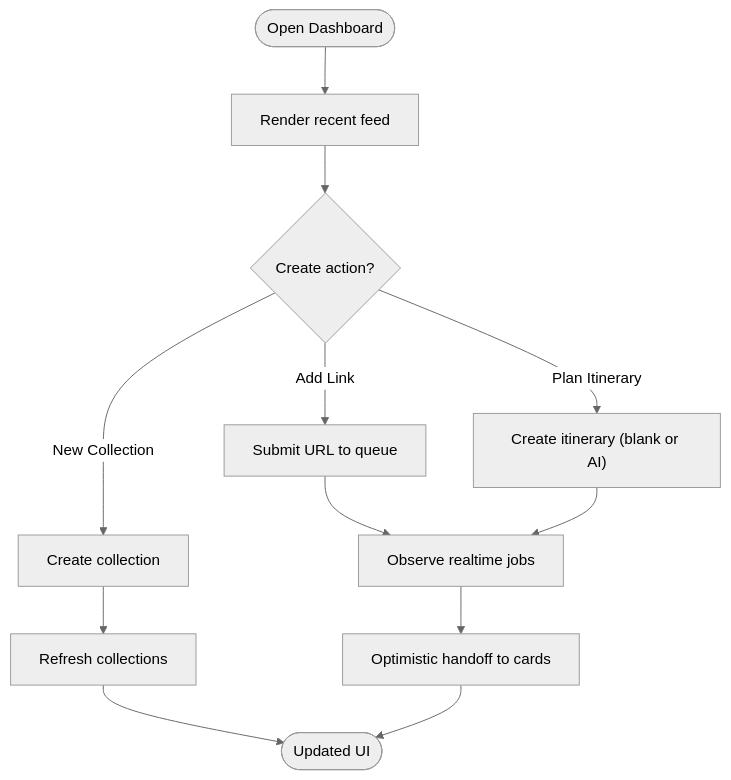
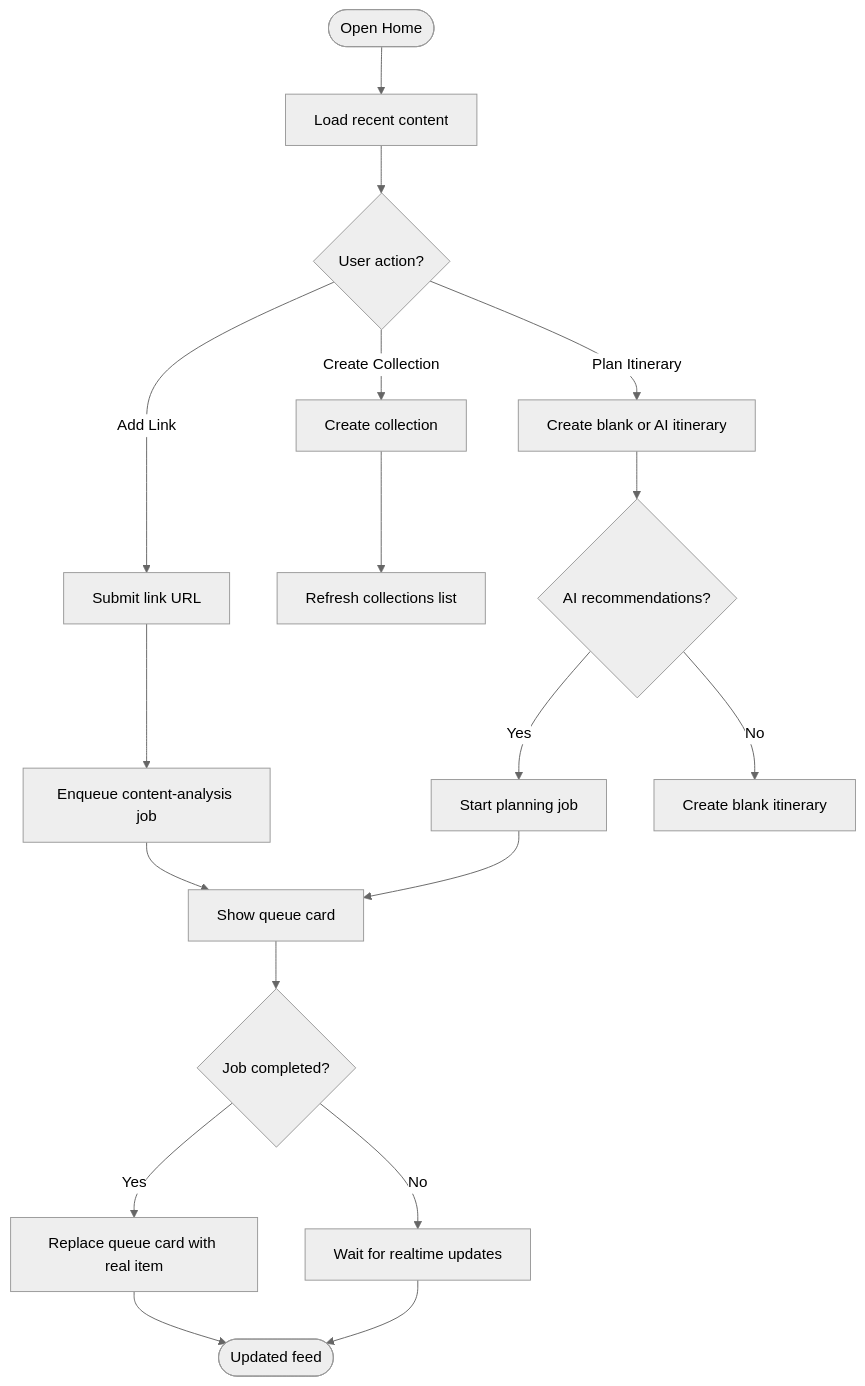
The third of 10 diagrams in .qoder/repowiki/en/content/Core Features/Core Features.md (Meaetin/alibaba-hackathon), drawn with Mermaid (neutral theme) before and after one commit. The commit also changed other lines of this file and 241 other files, not shown here.

````diff
--- a/.qoder/repowiki/en/content/Core Features/Core Features.md
+++ b/.qoder/repowiki/en/content/Core Features/Core Features.md
@@ -144,14 +118,20 @@
 ```mermaid
 flowchart TD
-Start(["Open Dashboard"]) --> ShowFeed["Render recent feed"]
-ShowFeed --> Action{"Create action?"}
-Action --> |Add Link| SubmitLink["Submit URL to queue"]
-Action --> |New Collection| CreateCollection["Create collection"]
-Action --> |Plan Itinerary| PlanItinerary["Create itinerary (blank or AI)"]
-SubmitLink --> ObserveJobs["Observe realtime jobs"]
-CreateCollection --> RefreshList["Refresh collections"]
-PlanItinerary --> ObserveJobs
-ObserveJobs --> Handoff["Optimistic handoff to cards"]
-RefreshList --> End(["Updated UI"])
-Handoff --> End
+Start(["Open Home"]) --> Load["Load recent content"]
+Load --> Actions{"User action?"}
+Actions --> |Add Link| SubmitLink["Submit link URL"]
+Actions --> |Create Collection| SubmitCollection["Create collection"]
+Actions --> |Plan Itinerary| SubmitItinerary["Create blank or AI itinerary"]
+SubmitLink --> Enqueue["Enqueue content-analysis job"]
+SubmitCollection --> RefreshCollections["Refresh collections list"]
+SubmitItinerary --> Route{"AI recommendations?"}
+Route --> |Yes| Planning["Start planning job"]
+Route --> |No| Blank["Create blank itinerary"]
+Enqueue --> QueueUI["Show queue card"]
+Planning --> QueueUI
+QueueUI --> Complete{"Job completed?"}
+Complete --> |Yes| Replace["Replace queue card with real item"]
+Complete --> |No| Wait["Wait for realtime updates"]
+Replace --> End(["Updated feed"])
+Wait --> End
 ```
````
